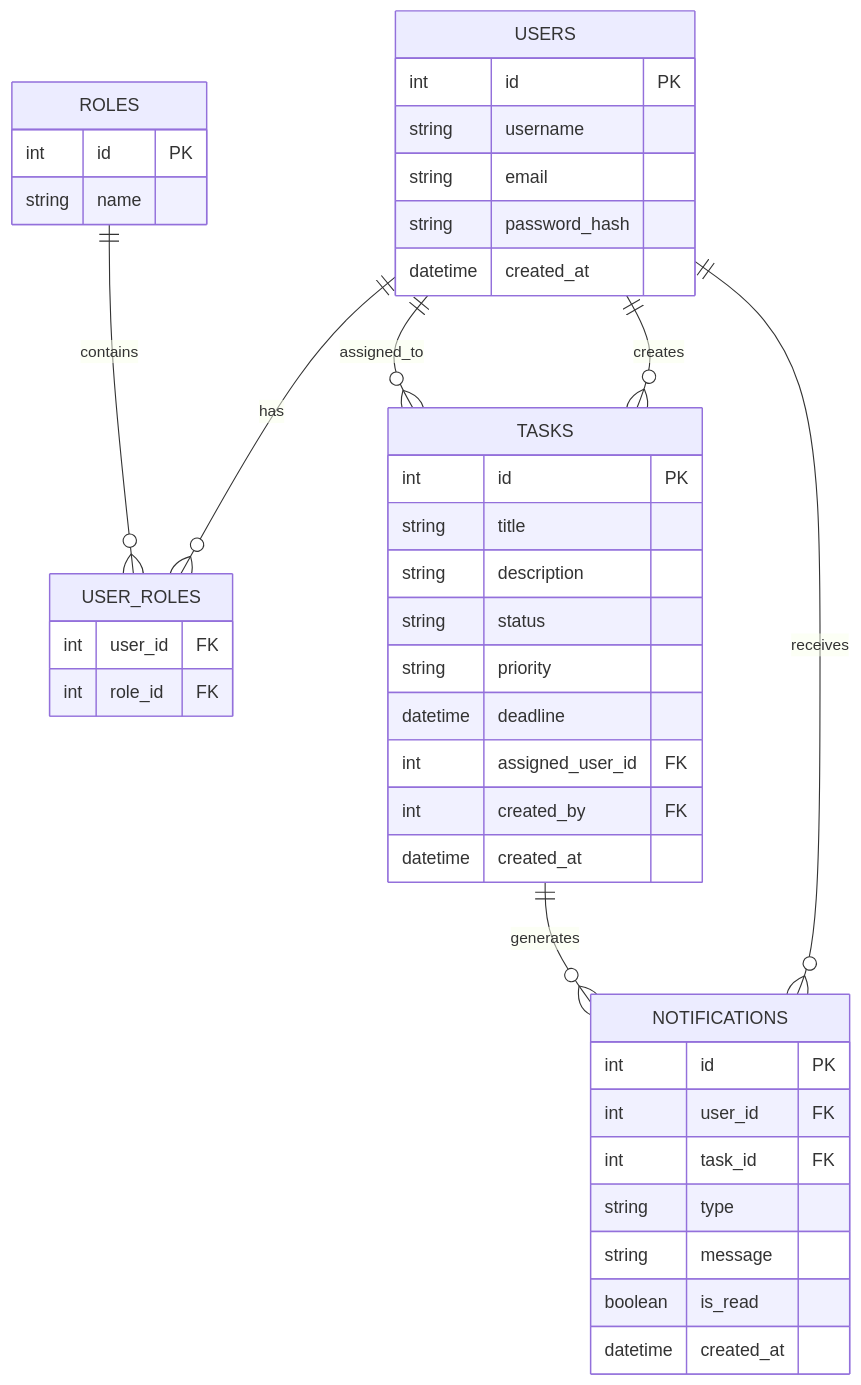
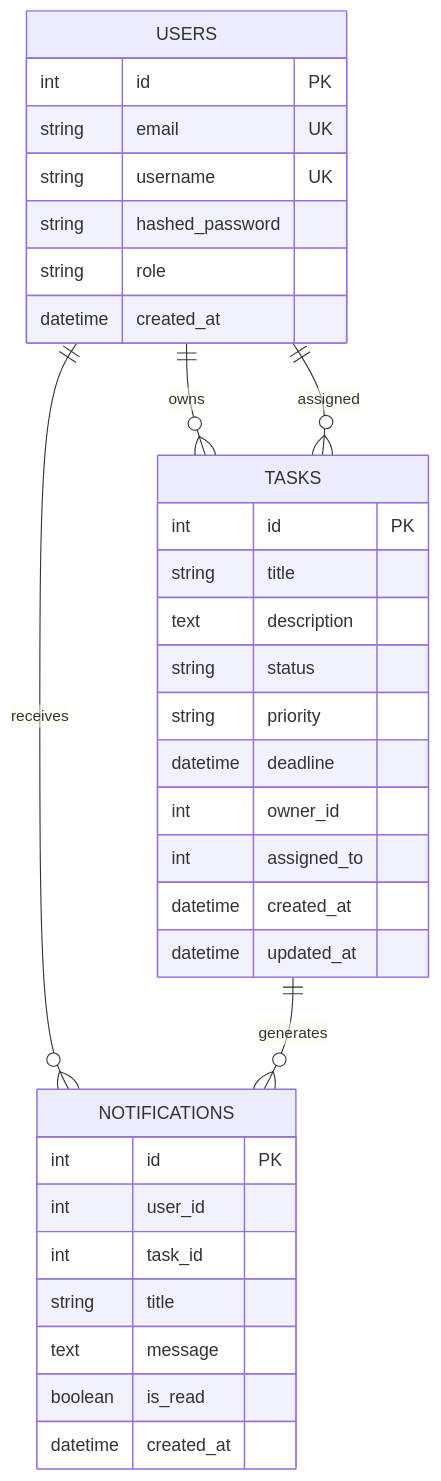
One commit to AlinaRazumova/microservices-backend-project changed the diagram in docs/database-diagram.md. Above: the diagram before and after it, drawn with Mermaid. The commit also changed other lines of this file and 24 other files, not shown here.

````diff
--- a/docs/database-diagram.md
+++ b/docs/database-diagram.md
@@ -3,49 +5,39 @@
 ```mermaid
 erDiagram
     USERS {
         int id PK
-        string username
-        string email
-        string password_hash
+        string email UK
+        string username UK
+        string hashed_password
+        string role
         datetime created_at
-    }
-
-    ROLES {
-        int id PK
-        string name
-    }
-
-    USER_ROLES {
-        int user_id FK
-        int role_id FK
     }
 
     TASKS {
         int id PK
         string title
-        string description
+        text description
         string status
         string priority
         datetime deadline
-        int assigned_user_id FK
-        int created_by FK
+        int owner_id
+        int assigned_to
         datetime created_at
+        datetime updated_at
     }
 
     NOTIFICATIONS {
         int id PK
-        int user_id FK
-        int task_id FK
-        string type
-        string message
+        int user_id
+        int task_id
+        string title
+        text message
         boolean is_read
         datetime created_at
     }
 
-    USERS ||--o{ TASKS : creates
-    USERS ||--o{ TASKS : assigned_to
-    USERS ||--o{ USER_ROLES : has
-    ROLES ||--o{ USER_ROLES : contains
+    USERS ||--o{ TASKS : owns
+    USERS ||--o{ TASKS : assigned
     USERS ||--o{ NOTIFICATIONS : receives
     TASKS ||--o{ NOTIFICATIONS : generates
 ```
````
